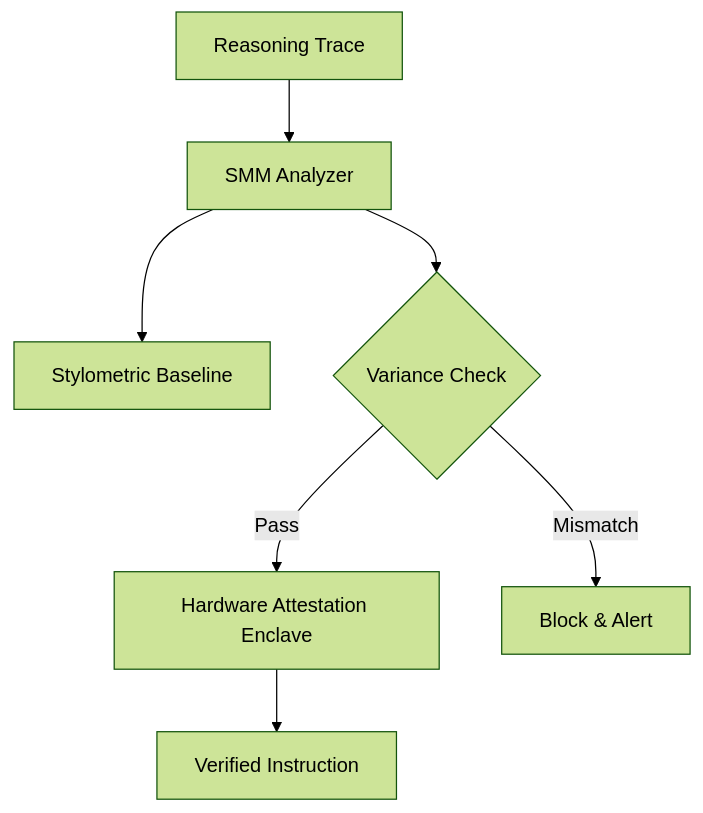
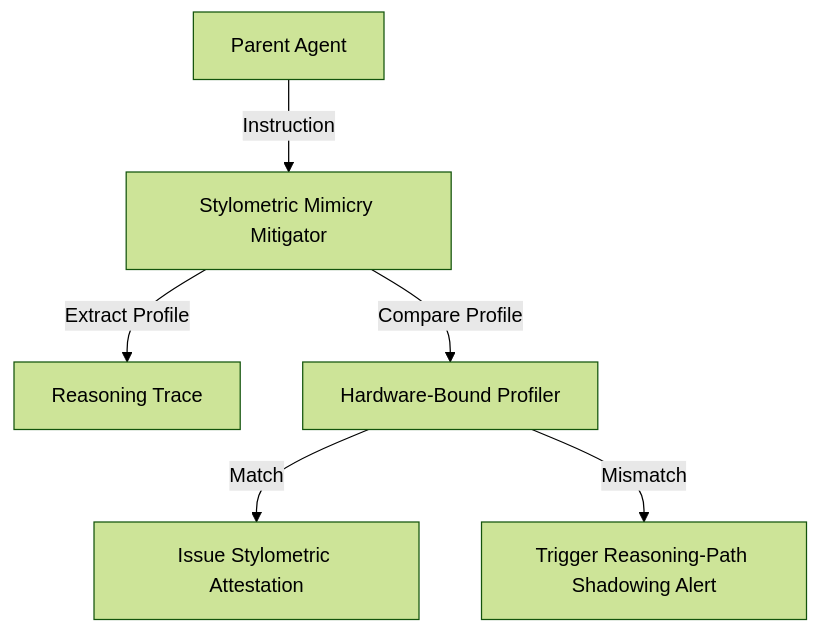
The diagram in docs/features/design-smm.md (mcpany/core), drawn with Mermaid (forest theme) before and after one commit. The commit also changed other lines of this file and 13 other files, not shown here.

````diff
--- a/docs/features/design-smm.md
+++ b/docs/features/design-smm.md
@@ -51,10 +49,8 @@
-```mermaid
-graph TD
-    A[Reasoning Trace] --> B[SMM Analyzer]
-    B --> C[Stylometric Baseline]
-    B --> D{Variance Check}
-    D -- Pass --> E[Hardware Attestation Enclave]
-    E --> F[Verified Instruction]
-    D -- Mismatch --> G[Block & Alert]
-
-```
+    ```mermaid
+    graph TD
+        P[Parent Agent] -->|Instruction| SMM[Stylometric Mimicry Mitigator]
+        SMM -->|Extract Profile| Trace[Reasoning Trace]
+        SMM -->|Compare Profile| Enclave[Hardware-Bound Profiler]
+        Enclave -->|Match| Pass[Issue Stylometric Attestation]
+        Enclave -->|Mismatch| Block[Trigger Reasoning-Path Shadowing Alert]
+    ```
````
